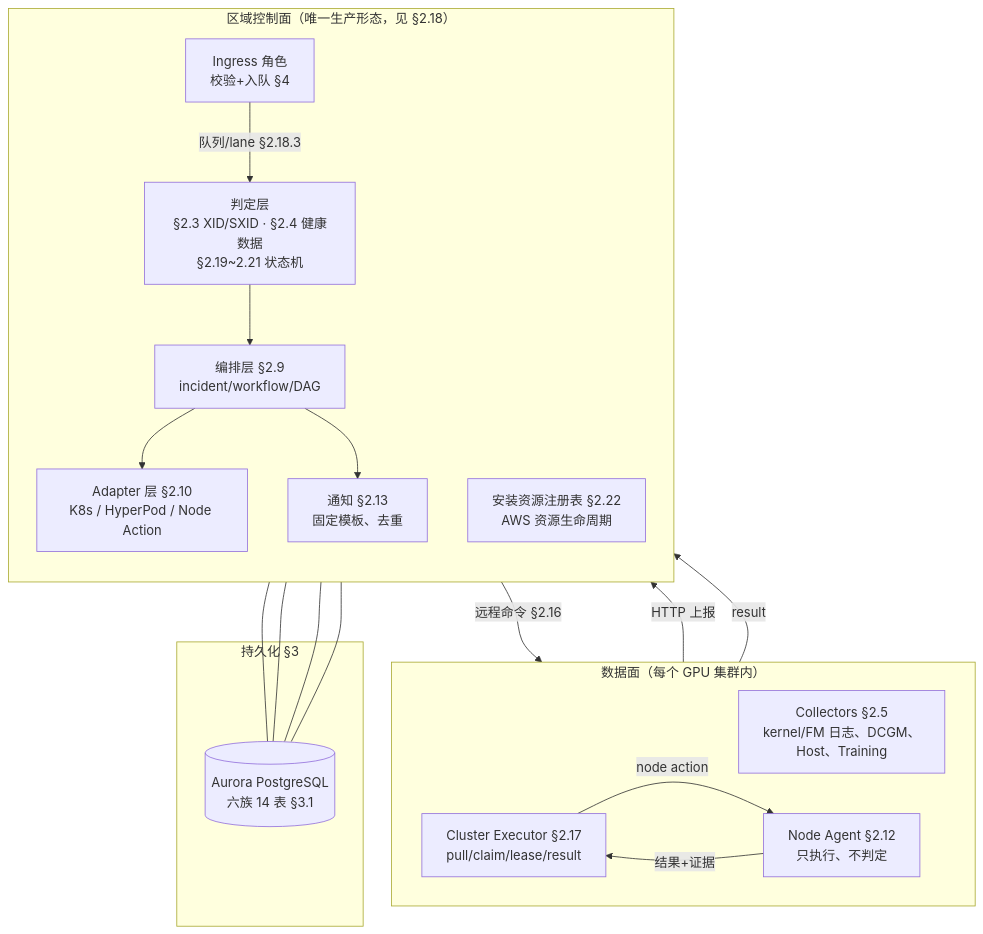
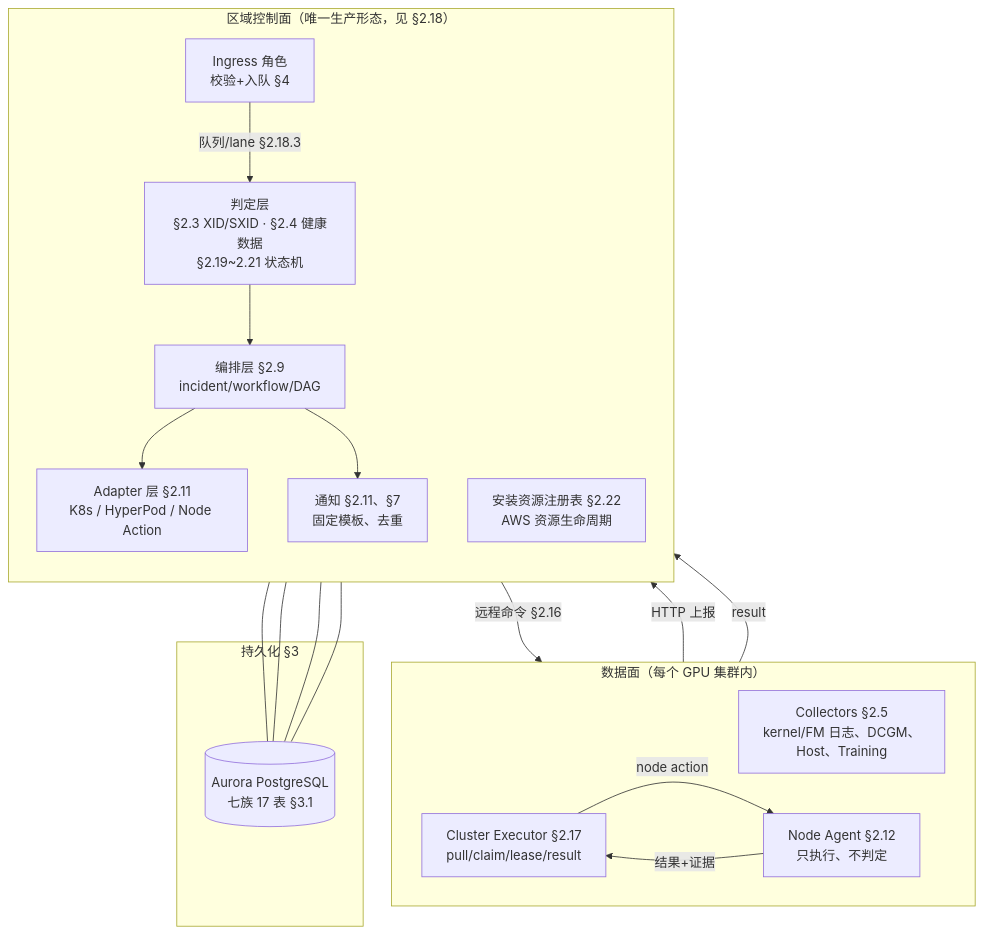
One commit to yuhuiaws/GPU-Fault-Recovery-System changed the first of 7 diagrams in docs/详细设计.md. Above: the diagram before and after it, drawn with Mermaid. The commit also changed other lines of this file and 2461 other files, not shown here.

````diff
--- a/docs/详细设计.md
+++ b/docs/详细设计.md
@@ -32,35 +33,35 @@
 ```mermaid
 flowchart TB
     subgraph DP["数据面（每个 GPU 集群内）"]
         direction LR
         COL["Collectors §2.5<br/>kernel/FM 日志、DCGM、<br/>Host、Training"]
         AG["Node Agent §2.12<br/>只执行、不判定"]
         EX["Cluster Executor §2.17<br/>pull/claim/lease/result"]
     end
     subgraph CP["区域控制面（唯一生产形态，见 §2.18）"]
         direction TB
         API["Ingress 角色<br/>校验+入队 §4"]
         POL["判定层<br/>§2.3 XID/SXID · §2.4 健康数据<br/>§2.19~2.21 状态机"]
         WF["编排层 §2.9<br/>incident/workflow/DAG"]
-        ADP["Adapter 层 §2.10<br/>K8s / HyperPod / Node Action"]
-        NOTIF["通知 §2.13<br/>固定模板、去重"]
+        ADP["Adapter 层 §2.11<br/>K8s / HyperPod / Node Action"]
+        NOTIF["通知 §2.11、§7<br/>固定模板、去重"]
         RES["安装资源注册表 §2.22<br/>AWS 资源生命周期"]
     end
     subgraph ST["持久化 §3"]
-        DB[("Aurora PostgreSQL<br/>六族 14 表 §3.1")]
+        DB[("Aurora PostgreSQL<br/>七族 17 表 §3.1")]
     end
 
     COL -->|HTTP 上报| API
     API -->|队列/lane §2.18.3| POL
     POL --> WF
     WF --> ADP
     WF --> NOTIF
     ADP -->|远程命令 §2.16| EX
     EX -->|node action| AG
     AG -->|结果+证据| EX
     EX -->|result| API
     POL --- DB
     WF --- DB
     API --- DB
     RES --- DB
 ```
````
